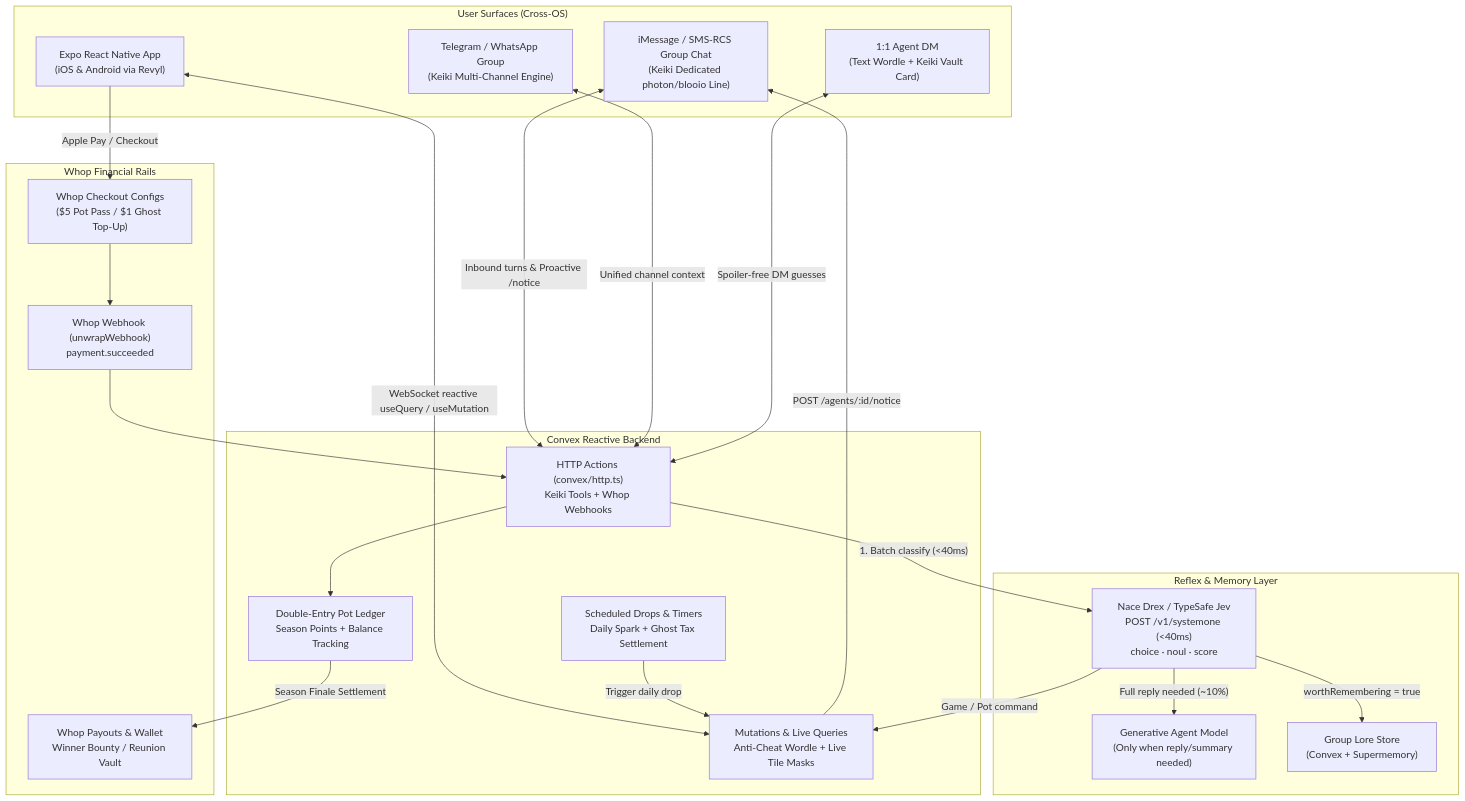
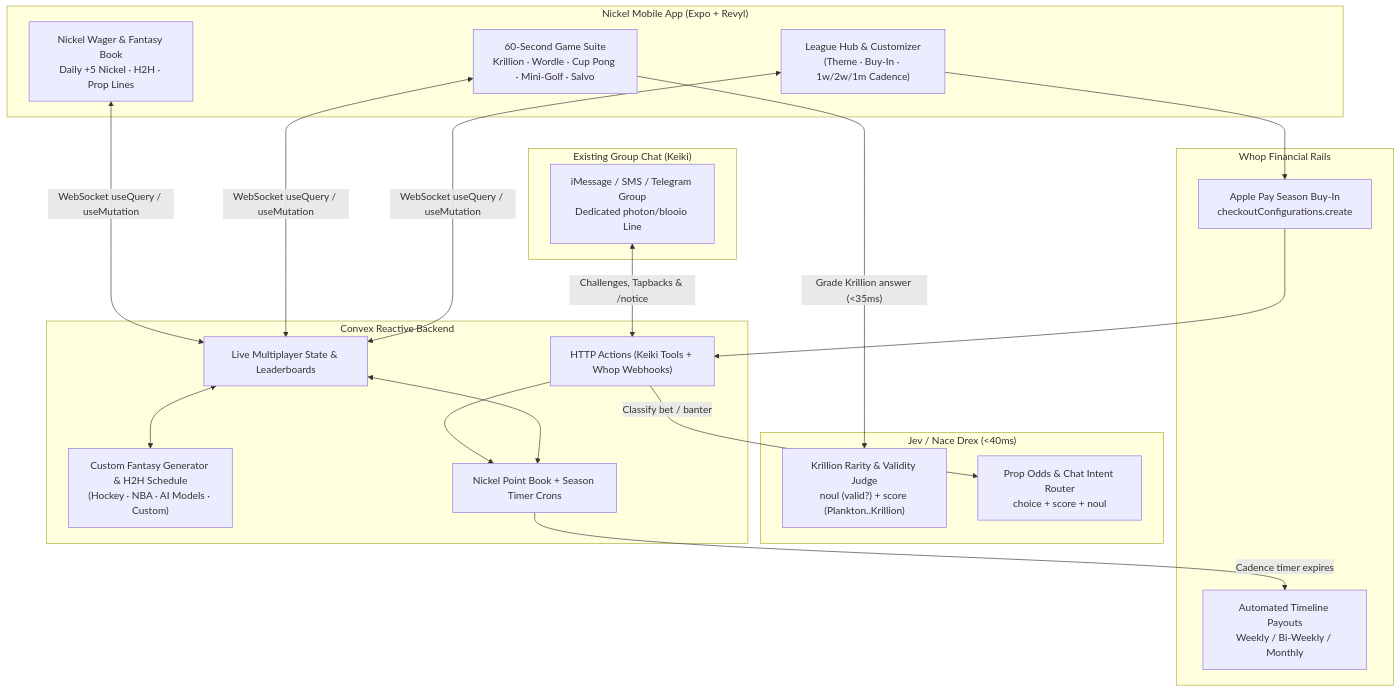
One commit to PeytonLi/consumerhackathon changed the diagram in DESIGN.md. Above: the diagram before and after it, drawn with Mermaid. The commit also changed other lines of this file, not shown here.

Commit message:
Update design doc to Nickel: Krillion, fast arcade games, and custom fantasy leagues

````diff
--- a/DESIGN.md
+++ b/DESIGN.md
@@ -58,44 +49,37 @@
 ```mermaid
 flowchart TB
-    subgraph Surfaces["User Surfaces (Cross-OS)"]
-        IM["iMessage / SMS-RCS Group Chat<br/>(Keiki Dedicated photon/blooio Line)"]
-        TG["Telegram / WhatsApp Group<br/>(Keiki Multi-Channel Engine)"]
-        DM["1:1 Agent DM<br/>(Text Wordle + Keiki Vault Card)"]
-        APP["Expo React Native App<br/>(iOS & Android via Revyl)"]
+    subgraph Client["Nickel Mobile App (Expo + Revyl)"]
+        HUB["League Hub & Customizer<br/>(Theme · Buy-In · 1w/2w/1m Cadence)"]
+        GAMES["60-Second Game Suite<br/>Krillion · Wordle · Cup Pong · Mini-Golf · Salvo"]
+        BETS["Nickel Wager & Fantasy Book<br/>Daily +5 Nickel · H2H · Prop Lines"]
     end
 
-    subgraph FastBrain["Reflex & Memory Layer"]
-        S1["Nace Drex / TypeSafe Jev<br/>POST /v1/systemone (<40ms)<br/>choice · noul · score"]
-        LLM["Generative Agent Model<br/>(Only when reply/summary needed)"]
-        MEM["Group Lore Store<br/>(Convex + Supermemory)"]
+    subgraph Chat["Existing Group Chat (Keiki)"]
+        IMSG["iMessage / SMS / Telegram Group<br/>Dedicated photon/blooio Line"]
     end
 
-    subgraph Core["Convex Reactive Backend"]
-        HTTP["HTTP Actions (convex/http.ts)<br/>Keiki Tools + Whop Webhooks"]
-        MUT["Mutations & Live Queries<br/>Anti-Cheat Wordle + Live Tile Masks"]
-        CRON["Scheduled Drops & Timers<br/>Daily Spark + Ghost Tax Settlement"]
-        LEDGER["Double-Entry Pot Ledger<br/>Season Points + Balance Tracking"]
+    subgraph SystemOne["Jev / Nace Drex (<40ms)"]
+        JUDGE["Krillion Rarity & Validity Judge<br/>noul (valid?) + score (Plankton..Krillion)"]
+        ODDS["Prop Odds & Chat Intent Router<br/>choice + score + noul"]
     end
 
-    subgraph Money["Whop Financial Rails"]
-        CHK["Whop Checkout Configs<br/>($5 Pot Pass / $1 Ghost Top-Up)"]
-        WH["Whop Webhook (unwrapWebhook)<br/>payment.succeeded"]
-        PAY["Whop Payouts & Wallet<br/>Winner Bounty / Reunion Vault"]
+    subgraph Backend["Convex Reactive Backend"]
+        SYNC["Live Multiplayer State & Leaderboards"]
+        FANTASY["Custom Fantasy Generator & H2H Schedule<br/>(Hockey · NBA · AI Models · Custom)"]
+        LEDGER["Nickel Point Book + Season Timer Crons"]
+        HTTP["HTTP Actions (Keiki Tools + Whop Webhooks)"]
     end
 
-    IM <-->|"Inbound turns & Proactive /notice"| HTTP
-    TG <-->|"Unified channel context"| HTTP
-    DM <-->|"Spoiler-free DM guesses"| HTTP
-    APP <-->|"WebSocket reactive useQuery / useMutation"| MUT
+    subgraph Payments["Whop Financial Rails"]
+        BUYIN["Apple Pay Season Buy-In<br/>checkoutConfigurations.create"]
+        PAYOUT["Automated Timeline Payouts<br/>Weekly / Bi-Weekly / Monthly"]
+    end
 
-    HTTP -->|"1. Batch classify (<40ms)"| S1
-    S1 -->|"Full reply needed (~10%)"| LLM
-    S1 -->|"worthRemembering = true"| MEM
-    S1 -->|"Game / Pot command"| MUT
-
-    CRON -->|"Trigger daily drop"| MUT
-    MUT -->|"POST /agents/:id/notice"| IM
-    APP -->|"Apple Pay / Checkout"| CHK
-    CHK --> WH --> HTTP --> LEDGER
-    LEDGER -->|"Season Finale Settlement"| PAY
+    HUB & GAMES & BETS <-->|"WebSocket useQuery / useMutation"| SYNC
+    GAMES -->|"Grade Krillion answer (<35ms)"| JUDGE
+    IMSG <-->|"Challenges, Tapbacks & /notice"| HTTP
+    HTTP -->|"Classify bet / banter"| ODDS
+    SYNC <--> FANTASY & LEDGER
+    HUB --> BUYIN --> HTTP --> LEDGER
+    LEDGER -->|"Cadence timer expires"| PAYOUT
 ```
````
